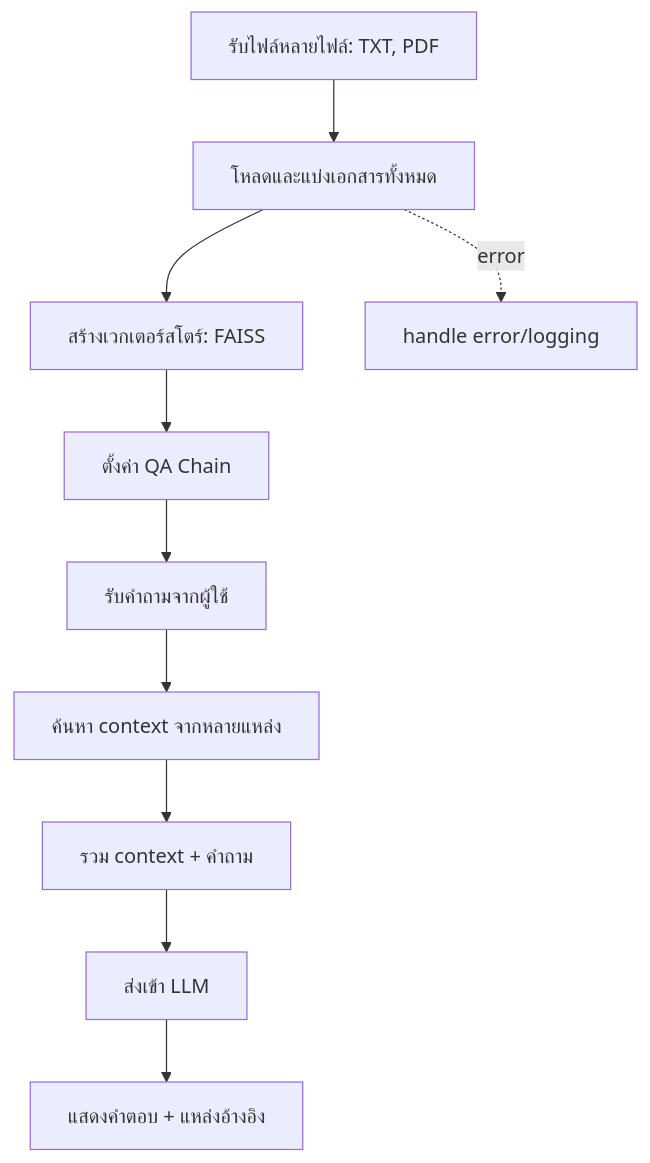
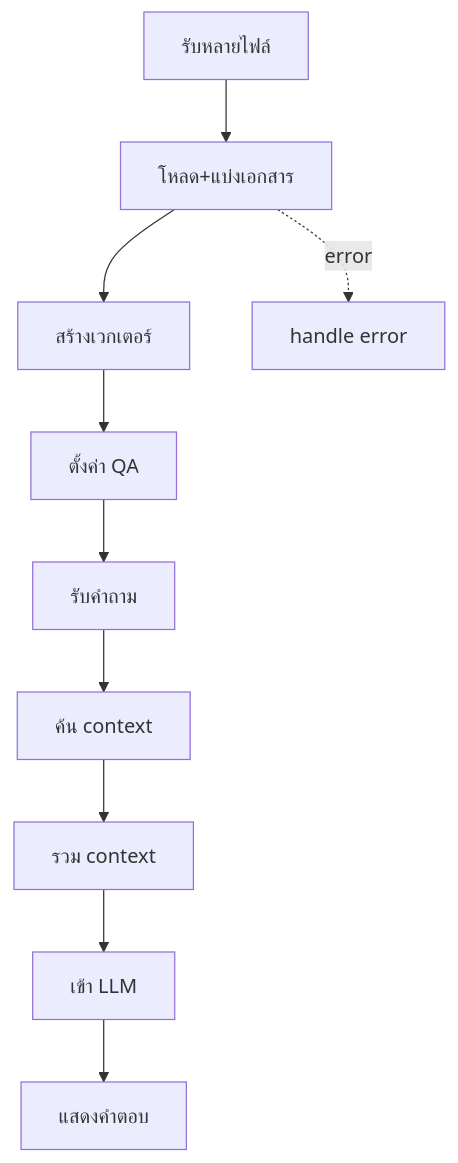
One commit to JonusNattapong/LangChainOllama changed the third of 16 diagrams in README.md. Above: the diagram before and after it, drawn with Mermaid. The commit also changed other lines of this file, not shown here.

Commit message:
refactor: Simplify and clarify flow diagrams in README for better readability

````diff
--- a/README.md
+++ b/README.md
@@ -316,12 +316,12 @@
 ```mermaid
 graph TD
-    A[รับไฟล์หลายไฟล์: TXT, PDF] --> B[โหลดและแบ่งเอกสารทั้งหมด]
-    B --> C[สร้างเวกเตอร์สโตร์: FAISS]
-    C --> D[ตั้งค่า QA Chain]
-    D --> E[รับคำถามจากผู้ใช้]
-    E --> F[ค้นหา context จากหลายแหล่ง]
-    F --> G[รวม context + คำถาม]
-    G --> H[ส่งเข้า LLM]
-    H --> I[แสดงคำตอบ + แหล่งอ้างอิง]
-    B -. error .-> J[handle error/logging]
+    A[รับหลายไฟล์] --> B[โหลด+แบ่งเอกสาร]
+    B --> C[สร้างเวกเตอร์]
+    C --> D[ตั้งค่า QA]
+    D --> E[รับคำถาม]
+    E --> F[ค้น context]
+    F --> G[รวม context]
+    G --> H[เข้า LLM]
+    H --> I[แสดงคำตอบ]
+    B -. error .-> J[handle error]
 ```
````
